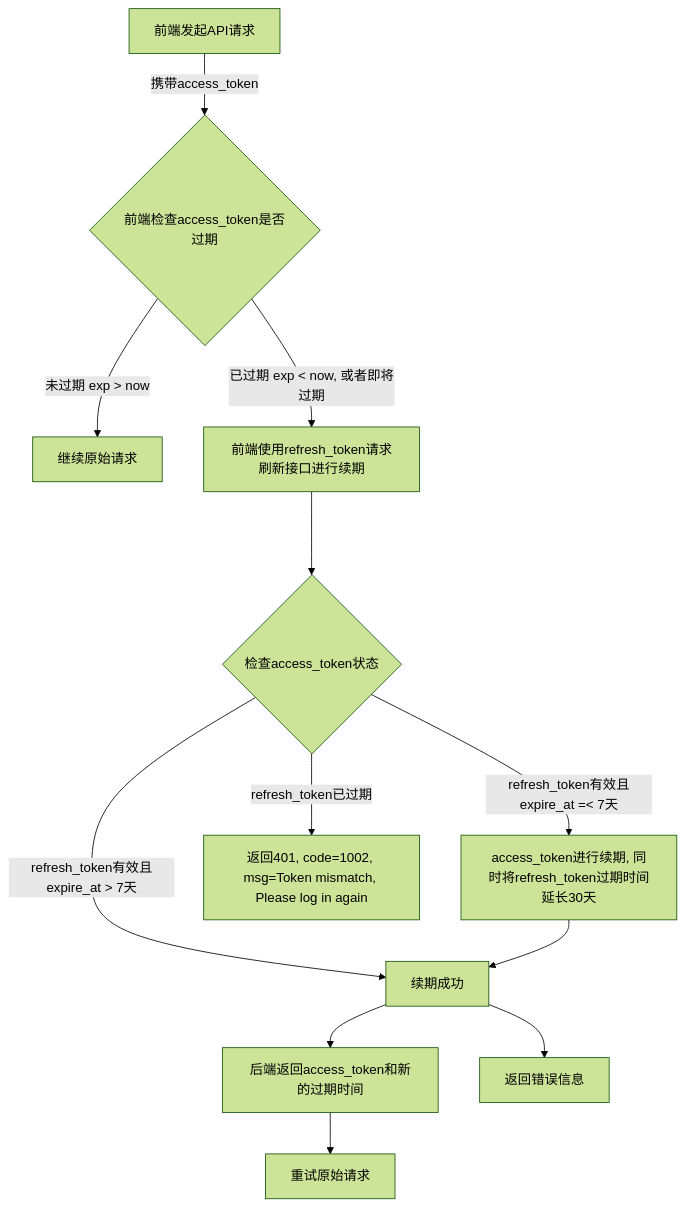
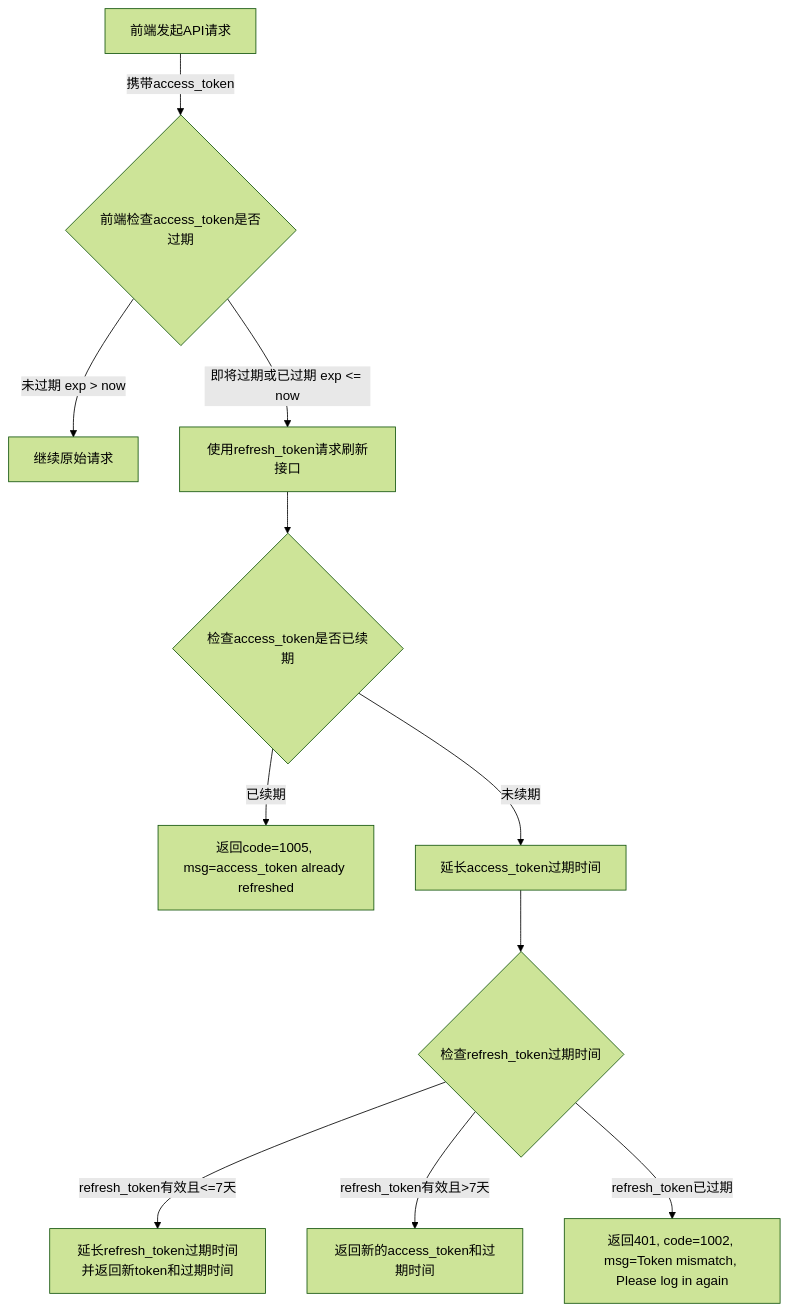
The diagram in all/openAPI-17.md (yingjianzh/iodraw-files), drawn with Mermaid (forest theme) before and after one commit.

Commit message:
2025-01-08 18:27:06 update

````diff
--- a/all/openAPI-17.md
+++ b/all/openAPI-17.md
@@ -1,15 +1,14 @@
 ```mermaid
 flowchart TD
     A[前端发起API请求] -->|携带access_token| B{前端检查access_token是否过期}
     B -->|未过期 exp > now| C[继续原始请求]
-    B -->|已过期 exp < now, 或者即将过期| D[前端使用refresh_token请求刷新接口进行续期]
-    D ---> L{检查access_token状态}
-    L -->|refresh_token有效且expire_at =< 7天| E[access_token进行续期, 同时将refresh_token过期时间延长30天]
-    L -->|refresh_token已过期| F[返回401, code=1002, msg=Token mismatch, Please log in again]
-    L -->|refresh_token有效且expire_at > 7天 | G[续期成功]
-    G -->H[后端返回access_token和新的过期时间]
-    G -->I[返回错误信息]
-    H --> J[重试原始请求]
-    E --> G
+    B -->|即将过期或已过期 exp <= now| D[使用refresh_token请求刷新接口]
+    D --> E{检查access_token是否已续期}
+    E -->|已续期| F[返回code=1005, msg=access_token already refreshed]
+    E -->|未续期| G[延长access_token过期时间]
+    G --> H{检查refresh_token过期时间}
+    H -->|refresh_token有效且<=7天| I[延长refresh_token过期时间并返回新token和过期时间]
+    H -->|refresh_token有效且>7天| J[返回新的access_token和过期时间]
+    H -->|refresh_token已过期| K[返回401, code=1002, msg=Token mismatch, Please log in again]
 
 ```
````
